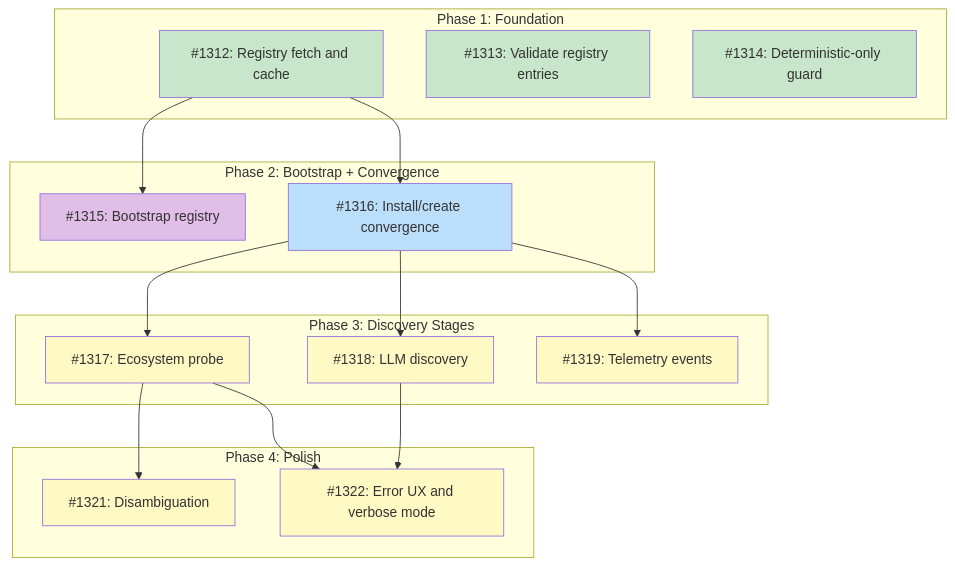
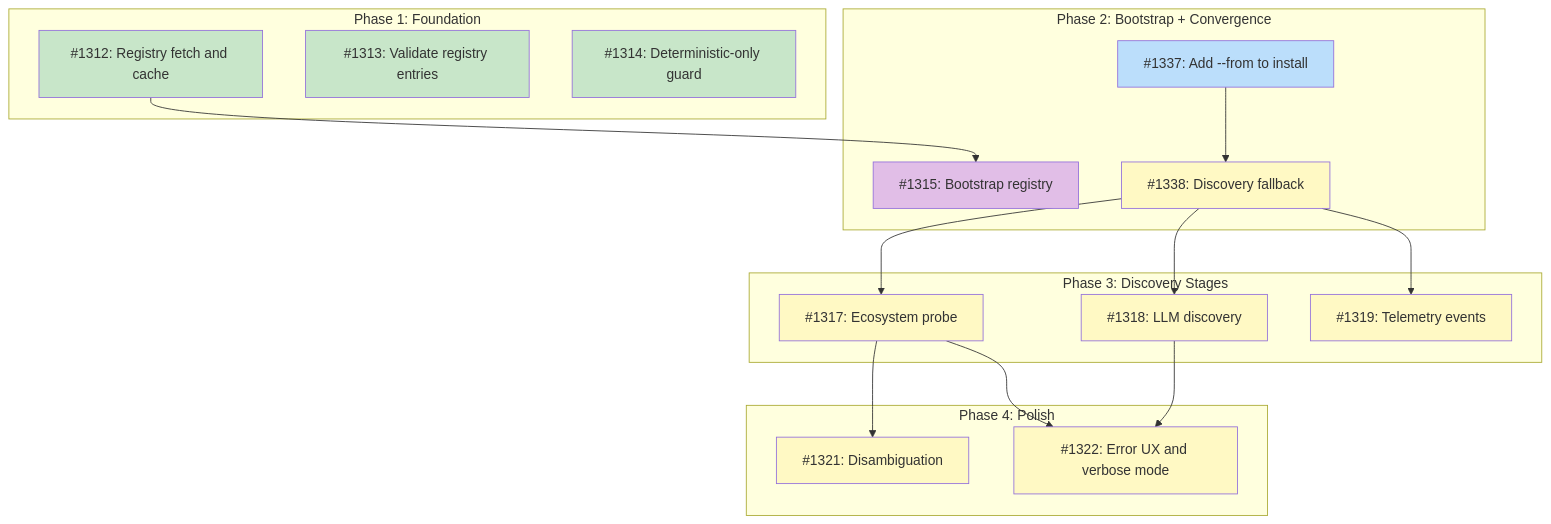
One commit to tsukumogami/tsuku changed the diagram in docs/designs/DESIGN-discovery-resolver.md. Above: the diagram before and after it, drawn with Mermaid. The commit also changed other lines of this file, not shown here.

First line of the commit message:
docs: update discovery resolver diagram for #1316 breakdown (#1340)

````diff
--- a/docs/designs/DESIGN-discovery-resolver.md
+++ b/docs/designs/DESIGN-discovery-resolver.md
@@ -58,44 +60,45 @@
 ```mermaid
 graph TD
     subgraph Phase1["Phase 1: Foundation"]
         I1312["#1312: Registry fetch and cache"]
         I1313["#1313: Validate registry entries"]
         I1314["#1314: Deterministic-only guard"]
     end
 
     subgraph Phase2["Phase 2: Bootstrap + Convergence"]
         I1315["#1315: Bootstrap registry"]
-        I1316["#1316: Install/create convergence"]
+        I1337["#1337: Add --from to install"]
+        I1338["#1338: Discovery fallback"]
     end
 
     subgraph Phase3["Phase 3: Discovery Stages"]
         I1317["#1317: Ecosystem probe"]
         I1318["#1318: LLM discovery"]
         I1319["#1319: Telemetry events"]
     end
 
     subgraph Phase4["Phase 4: Polish"]
         I1321["#1321: Disambiguation"]
         I1322["#1322: Error UX and verbose mode"]
     end
 
     I1312 --> I1315
-    I1312 --> I1316
-    I1316 --> I1317
-    I1316 --> I1318
-    I1316 --> I1319
+    I1337 --> I1338
+    I1338 --> I1317
+    I1338 --> I1318
+    I1338 --> I1319
     I1317 --> I1321
     I1317 --> I1322
     I1318 --> I1322
 
     classDef done fill:#c8e6c9
     classDef ready fill:#bbdefb
     classDef blocked fill:#fff9c4
     classDef needsDesign fill:#e1bee7
 
     class I1312,I1313,I1314 done
-    class I1319 blocked
-    class I1316 ready
+    class I1337 ready
+    class I1338,I1319 blocked
     class I1315 needsDesign
     class I1317,I1318,I1321,I1322 blocked
 ```
````
